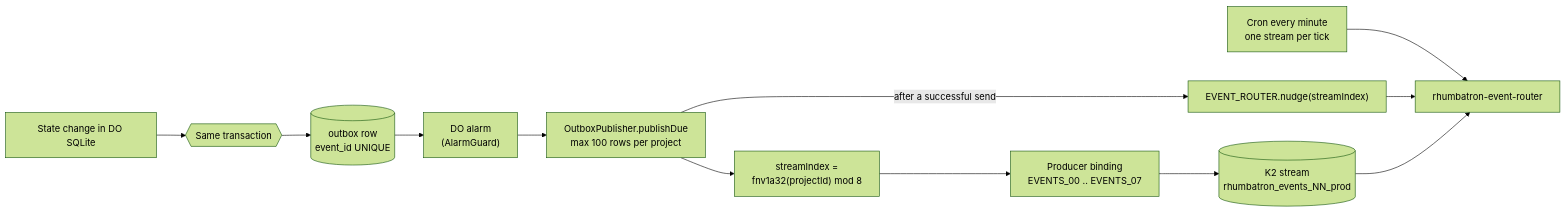
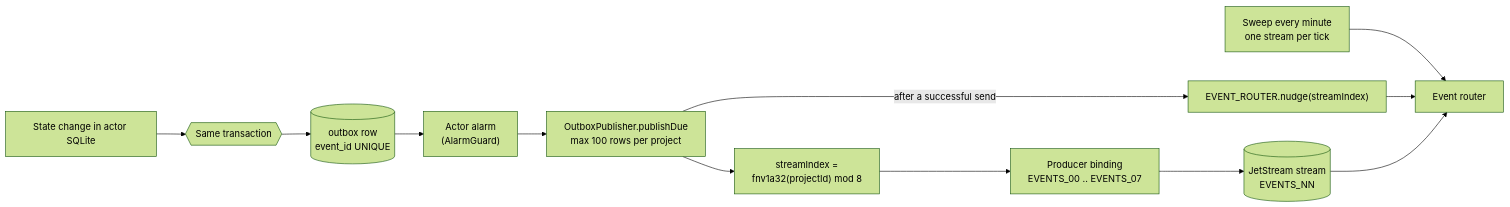
Before and after one commit to nsudhanva/rhumbatron: the first of 7 diagrams in docs/architecture/events-and-commands.md, drawn with Mermaid (forest theme). The commit also changed other lines of this file and 322 other files, not shown here.

First line of the commit message:
feat!: run Rhumbatron as one Docker Compose stack on open-source backends

````diff
--- a/docs/architecture/events-and-commands.md
+++ b/docs/architecture/events-and-commands.md
@@ -36,14 +38,14 @@
 ```mermaid
 flowchart LR
-  W["State change in DO SQLite"] --> T{{"Same transaction"}}
+  W["State change in actor SQLite"] --> T{{"Same transaction"}}
   T --> OB[("outbox row<br/>event_id UNIQUE")]
-  OB --> AL["DO alarm<br/>(AlarmGuard)"]
+  OB --> AL["Actor alarm<br/>(AlarmGuard)"]
   AL --> PUB["OutboxPublisher.publishDue<br/>max 100 rows per project"]
   PUB --> H["streamIndex =<br/>fnv1a32(projectId) mod 8"]
   H --> P["Producer binding<br/>EVENTS_00 .. EVENTS_07"]
-  P --> K2[("K2 stream<br/>rhumbatron_events_NN_prod")]
+  P --> JS[("JetStream stream<br/>EVENTS_NN")]
   PUB -->|"after a successful send"| N["EVENT_ROUTER.nudge(streamIndex)"]
-  CRON["Cron every minute<br/>one stream per tick"] --> ER["rhumbatron-event-router"]
+  SWEEP["Sweep every minute<br/>one stream per tick"] --> ER["Event router"]
   N --> ER
-  K2 --> ER
+  JS --> ER
 ```
````
